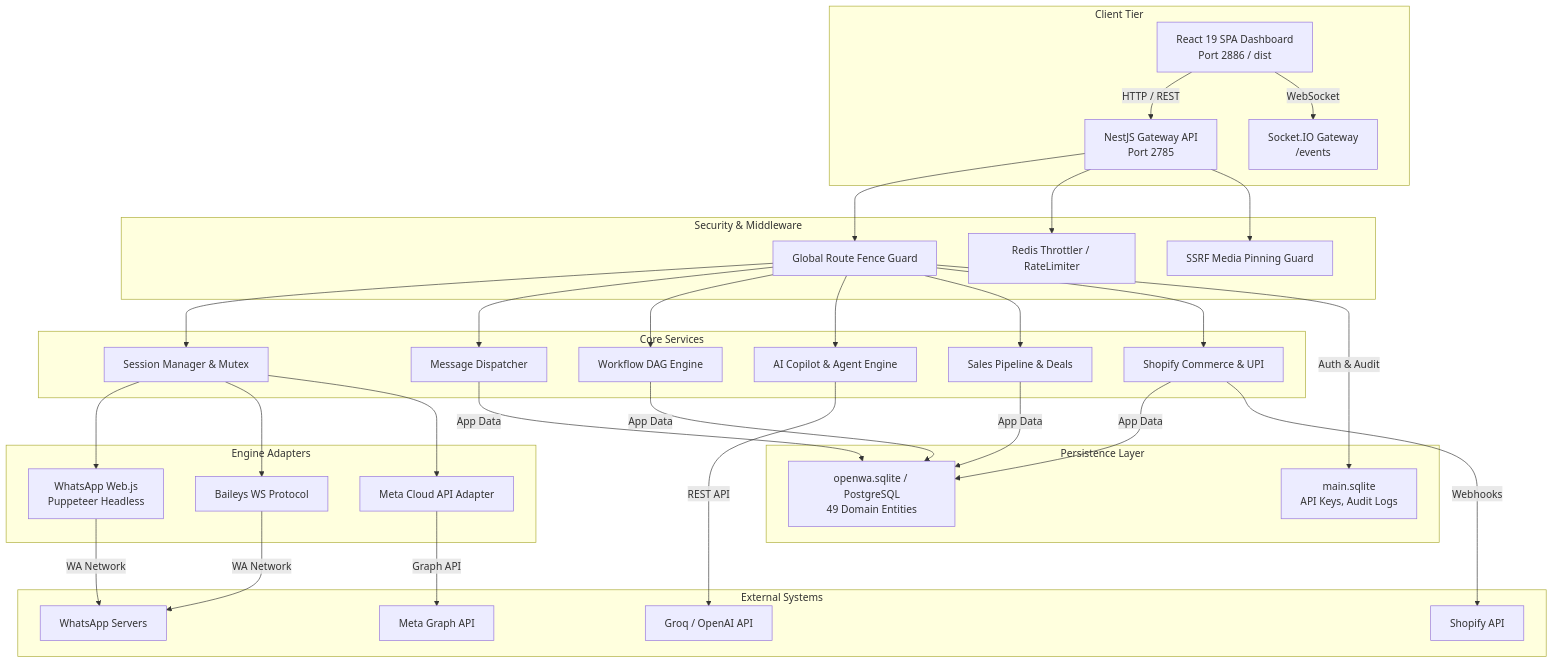
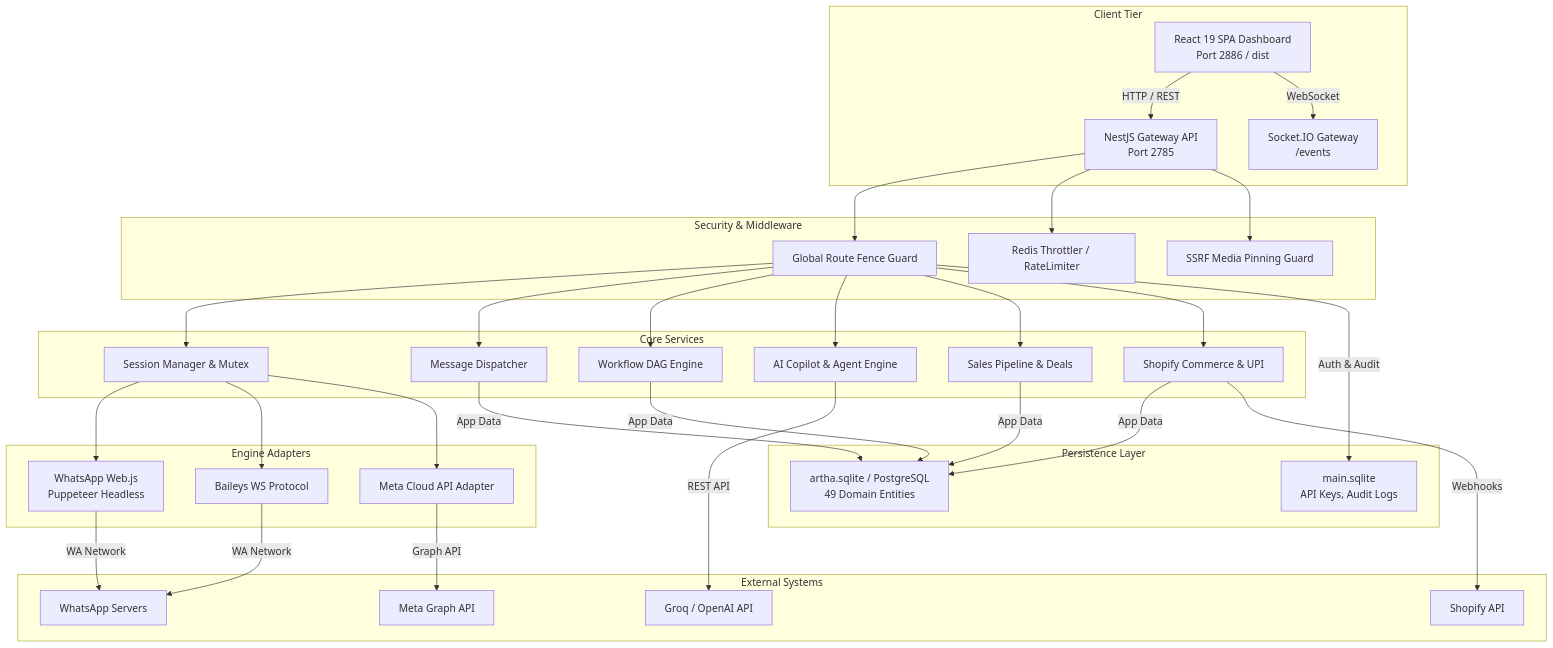
The diagram in DEEP_ENGINEERING_AUDIT.md (Parth-Ramanujj/Artha), drawn with Mermaid before and after one commit. The commit also changed other lines of this file and 658 other files, not shown here.

````diff
--- a/DEEP_ENGINEERING_AUDIT.md
+++ b/DEEP_ENGINEERING_AUDIT.md
@@ -48,44 +48,44 @@
 ```mermaid
 graph TD
     subgraph Client Tier
         UI[React 19 SPA Dashboard<br/>Port 2886 / dist] -->|HTTP / REST| API[NestJS Gateway API<br/>Port 2785]
         UI -->|WebSocket| WS[Socket.IO Gateway<br/>/events]
     end
 
     subgraph Security & Middleware
         API --> RFG[Global Route Fence Guard]
         API --> RL[Redis Throttler / RateLimiter]
         API --> SSRF[SSRF Media Pinning Guard]
     end
 
     subgraph Core Services
         RFG --> SM[Session Manager & Mutex]
         RFG --> MM[Message Dispatcher]
         RFG --> WE[Workflow DAG Engine]
         RFG --> AI[AI Copilot & Agent Engine]
         RFG --> CRM[Sales Pipeline & Deals]
         RFG --> SC[Shopify Commerce & UPI]
     end
 
     subgraph Engine Adapters
         SM --> WWE[WhatsApp Web.js<br/>Puppeteer Headless]
         SM --> BAI[Baileys WS Protocol]
         SM --> CLOUD[Meta Cloud API Adapter]
     end
 
     subgraph Persistence Layer
         RFG -->|Auth & Audit| DBM[main.sqlite<br/>API Keys, Audit Logs]
-        WE -->|App Data| DBD[openwa.sqlite / PostgreSQL<br/>49 Domain Entities]
+        WE -->|App Data| DBD[artha.sqlite / PostgreSQL<br/>49 Domain Entities]
         MM -->|App Data| DBD
         CRM -->|App Data| DBD
         SC -->|App Data| DBD
     end
 
     subgraph External Systems
         WWE -->|WA Network| WANET[WhatsApp Servers]
         BAI -->|WA Network| WANET
         CLOUD -->|Graph API| META[Meta Graph API]
         AI -->|REST API| GROQ[Groq / OpenAI API]
         SC -->|Webhooks| SHOP[Shopify API]
     end
 ```
````
